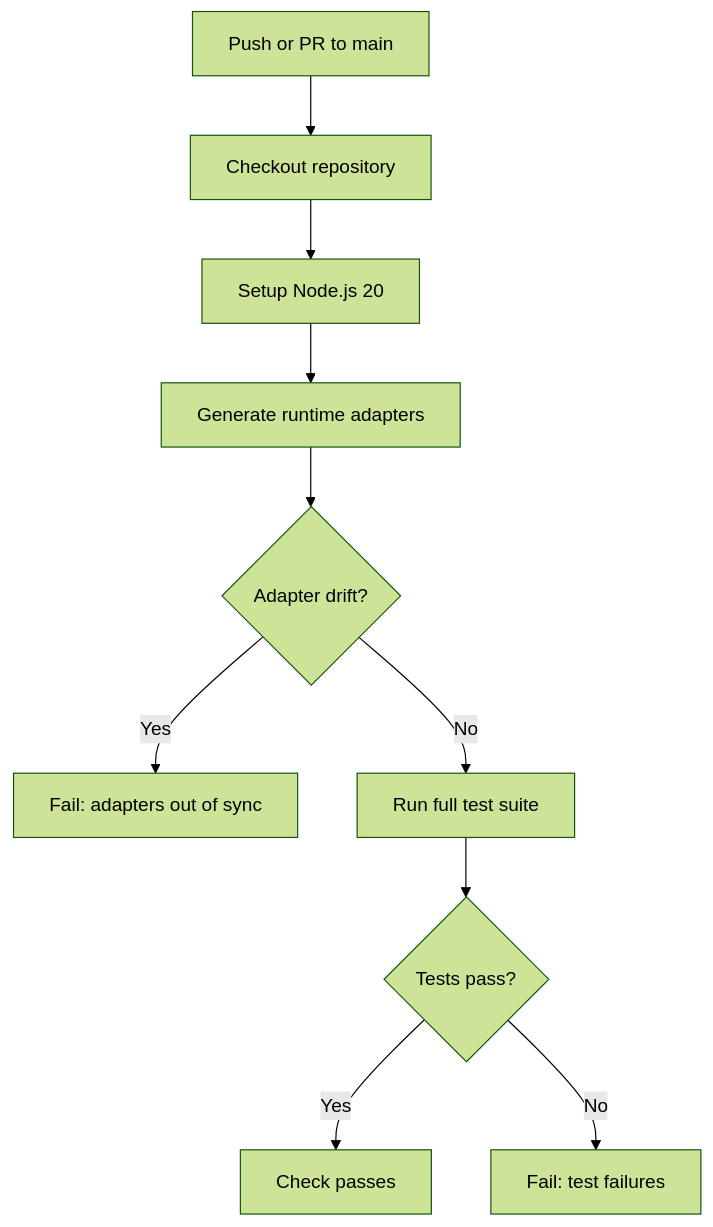
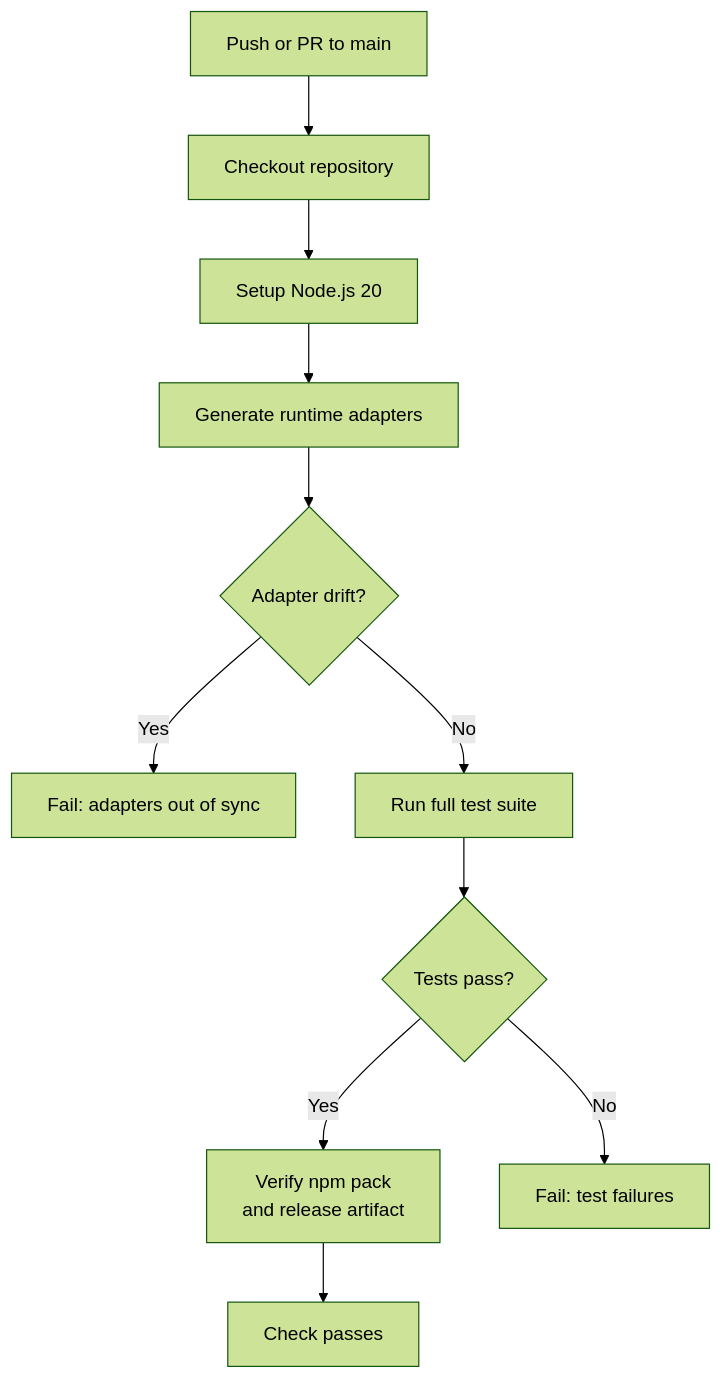
The second of 10 diagrams in docs/cicd.md (josstei/maestro-orchestrate), drawn with Mermaid (forest theme) before and after one commit. The commit also changed other lines of this file and 49 other files, not shown here.

First line of the commit message:
chore(release): transition npm package to @josstei/maestro (#82)

````diff
--- a/docs/cicd.md
+++ b/docs/cicd.md
@@ -48,12 +48,13 @@
 ```mermaid
 graph TD
     A["Push or PR to main"] --> B["Checkout repository"]
     B --> C["Setup Node.js 20"]
     C --> D["Generate runtime adapters"]
     D --> E{"Adapter drift?"}
     E --> |"Yes"| F["Fail: adapters out of sync"]
     E --> |"No"| G["Run full test suite"]
     G --> H{"Tests pass?"}
-    H --> |"Yes"| I["Check passes"]
+    H --> |"Yes"| I["Verify npm pack<br/>and release artifact"]
     H --> |"No"| J["Fail: test failures"]
+    I --> K["Check passes"]
 ```
````
